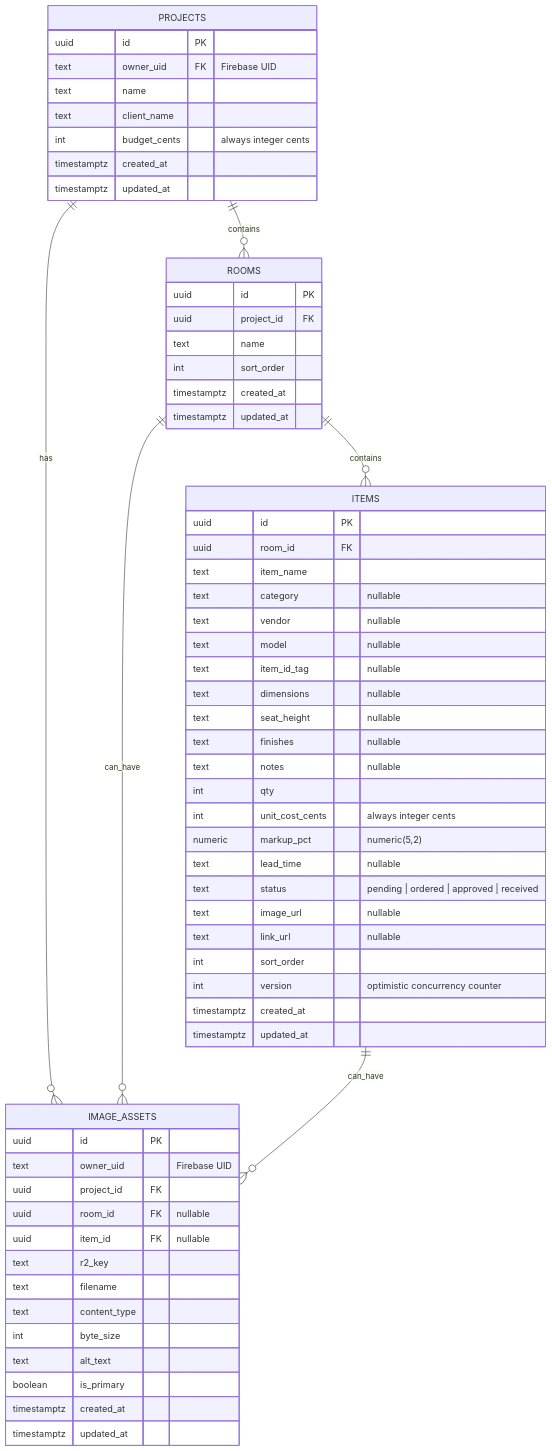
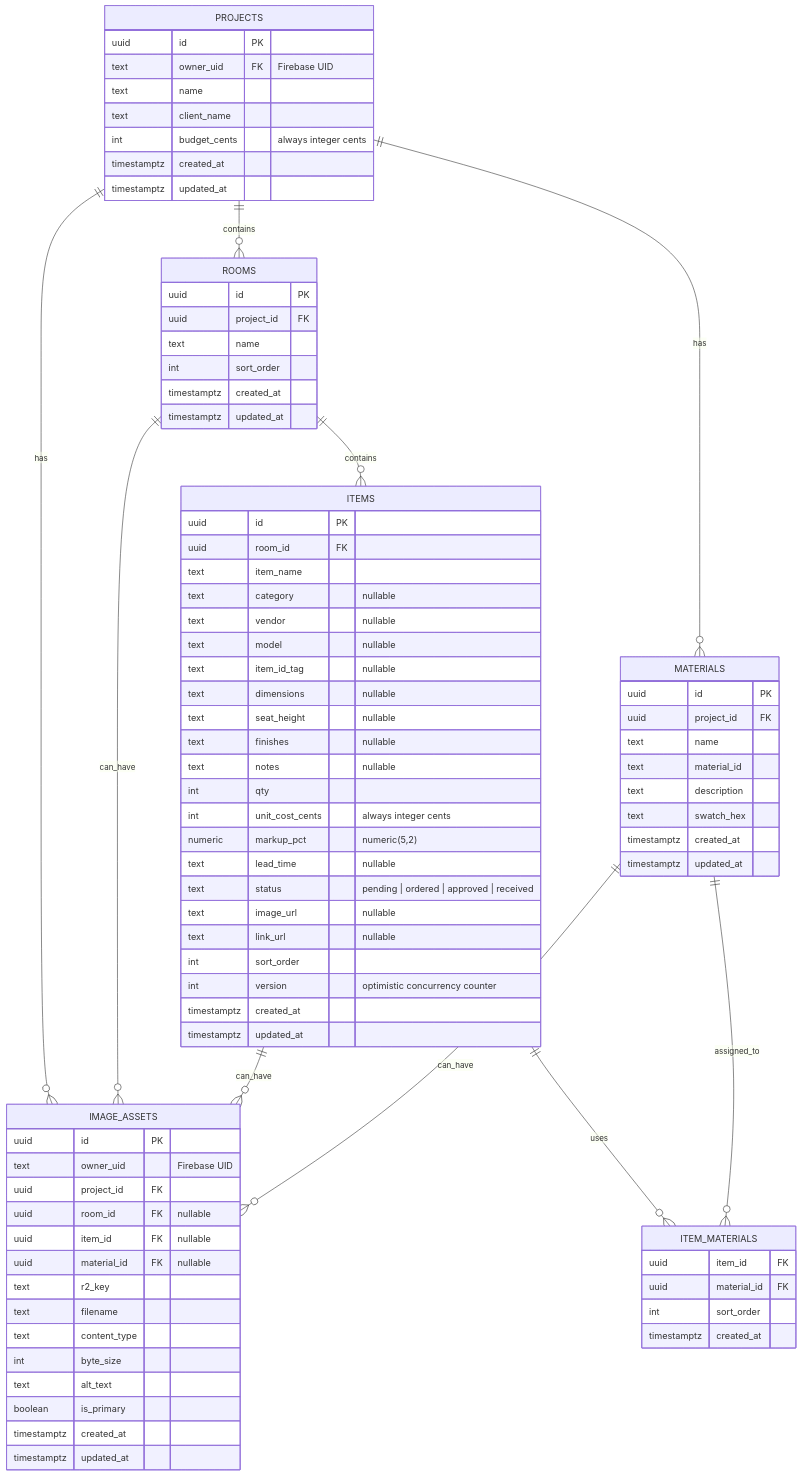
Before and after one commit to cweber12/ff-e-builder: the fourth of 4 diagrams in docs/architecture.md, drawn with Mermaid. The commit also changed 28 other files, not shown here.

First line of the commit message:
feat: add project material library and item material assignments

````diff
--- a/docs/architecture.md
+++ b/docs/architecture.md
@@ -145,6 +145,7 @@
     uuid project_id FK
     uuid room_id FK "nullable"
     uuid item_id FK "nullable"
+    uuid material_id FK "nullable"
     text r2_key
     text filename
     text content_type
@@ -155,9 +156,31 @@
     timestamptz updated_at
   }
 
+  MATERIALS {
+    uuid id PK
+    uuid project_id FK
+    text name
+    text material_id
+    text description
+    text swatch_hex
+    timestamptz created_at
+    timestamptz updated_at
+  }
+
+  ITEM_MATERIALS {
+    uuid item_id FK
+    uuid material_id FK
+    int sort_order
+    timestamptz created_at
+  }
+
   PROJECTS ||--o{ ROOMS : contains
   ROOMS ||--o{ ITEMS : contains
   PROJECTS ||--o{ IMAGE_ASSETS : has
   ROOMS ||--o{ IMAGE_ASSETS : can_have
   ITEMS ||--o{ IMAGE_ASSETS : can_have
+  PROJECTS ||--o{ MATERIALS : has
+  MATERIALS ||--o{ IMAGE_ASSETS : can_have
+  ITEMS ||--o{ ITEM_MATERIALS : uses
+  MATERIALS ||--o{ ITEM_MATERIALS : assigned_to
 ```
````
